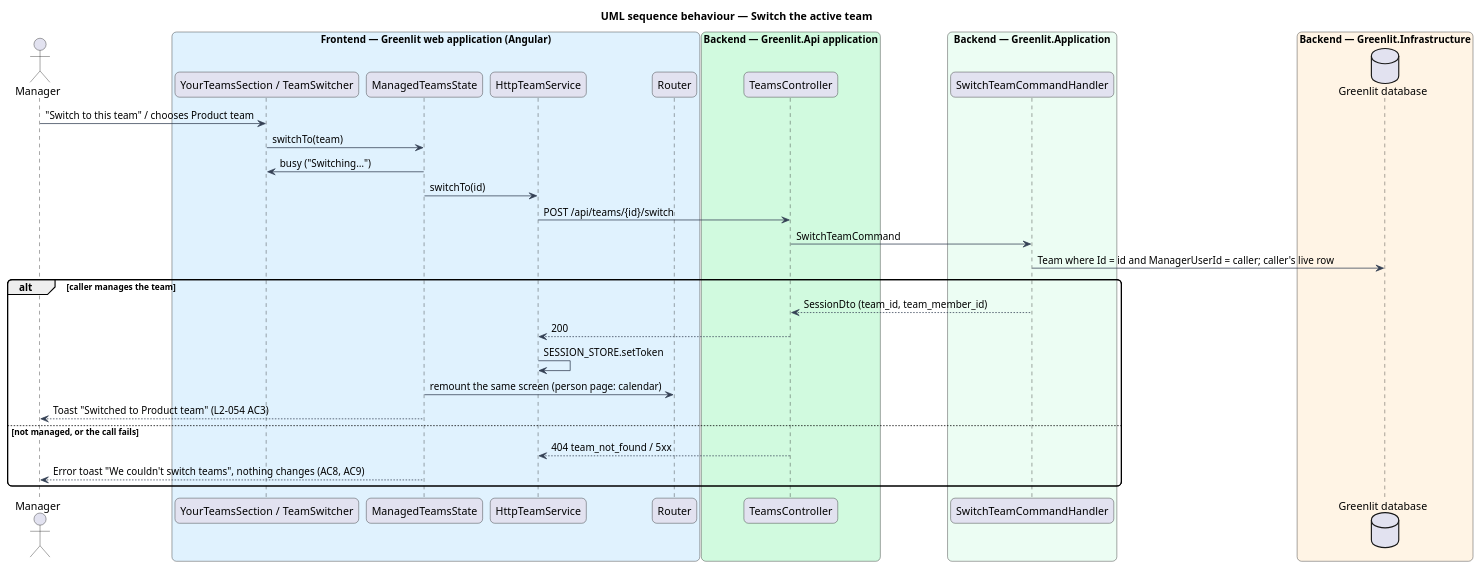
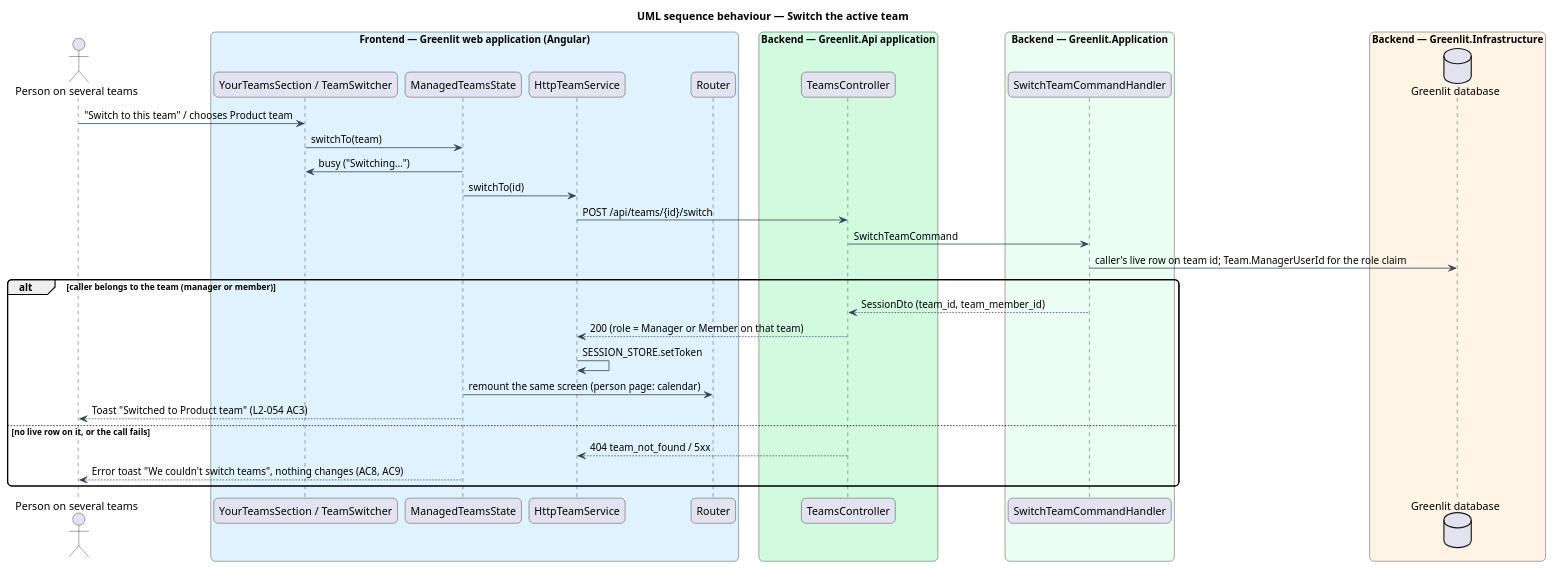
Before and after one commit to QuinntyneBrown/greenlit: the diagram in docs/detailed-designs/teams/switch-team/diagrams/sequence-switch-team.puml, drawn with PlantUML. The commit also changed 43 other files, not shown here.

First line of the commit message:
Design several teams per person and the school calendar

```diff
--- a/docs/detailed-designs/teams/switch-team/diagrams/sequence-switch-team.puml
+++ b/docs/detailed-designs/teams/switch-team/diagrams/sequence-switch-team.puml
@@ -1,41 +1,41 @@
 @startuml
 title UML sequence behaviour — Switch the active team
 skinparam backgroundColor #FFFFFF
 skinparam shadowing false
 skinparam roundcorner 12
 skinparam defaultFontName Arial
 skinparam ArrowColor #344054
-actor "Manager" as actor
+actor "Person on several teams" as actor
 box "Frontend — Greenlit web application (Angular)" #E0F2FE
   participant "YourTeamsSection / TeamSwitcher" as ui
   participant "ManagedTeamsState" as state
   participant "HttpTeamService" as client
   participant "Router" as router
 end box
 box "Backend — Greenlit.Api application" #D1FADF
   participant "TeamsController" as ctrl
 end box
 box "Backend — Greenlit.Application" #ECFDF3
   participant "SwitchTeamCommandHandler" as handler
 end box
 box "Backend — Greenlit.Infrastructure" #FFF4E5
   database "Greenlit database" as db
 end box
 actor -> ui : "Switch to this team" / chooses Product team
 ui -> state : switchTo(team)
 state -> ui : busy ("Switching…")
 state -> client : switchTo(id)
 client -> ctrl : POST /api/teams/{id}/switch
 ctrl -> handler : SwitchTeamCommand
-handler -> db : Team where Id = id and ManagerUserId = caller; caller's live row
-alt caller manages the team
+handler -> db : caller's live row on team id; Team.ManagerUserId for the role claim
+alt caller belongs to the team (manager or member)
   handler --> ctrl : SessionDto (team_id, team_member_id)
-  ctrl --> client : 200
+  ctrl --> client : 200 (role = Manager or Member on that team)
   client -> client : SESSION_STORE.setToken
   state -> router : remount the same screen (person page: calendar)
   state --> actor : Toast "Switched to Product team" (L2-054 AC3)
-else not managed, or the call fails
+else no live row on it, or the call fails
   ctrl --> client : 404 team_not_found / 5xx
   state --> actor : Error toast "We couldn't switch teams", nothing changes (AC8, AC9)
 end
 @enduml
```
